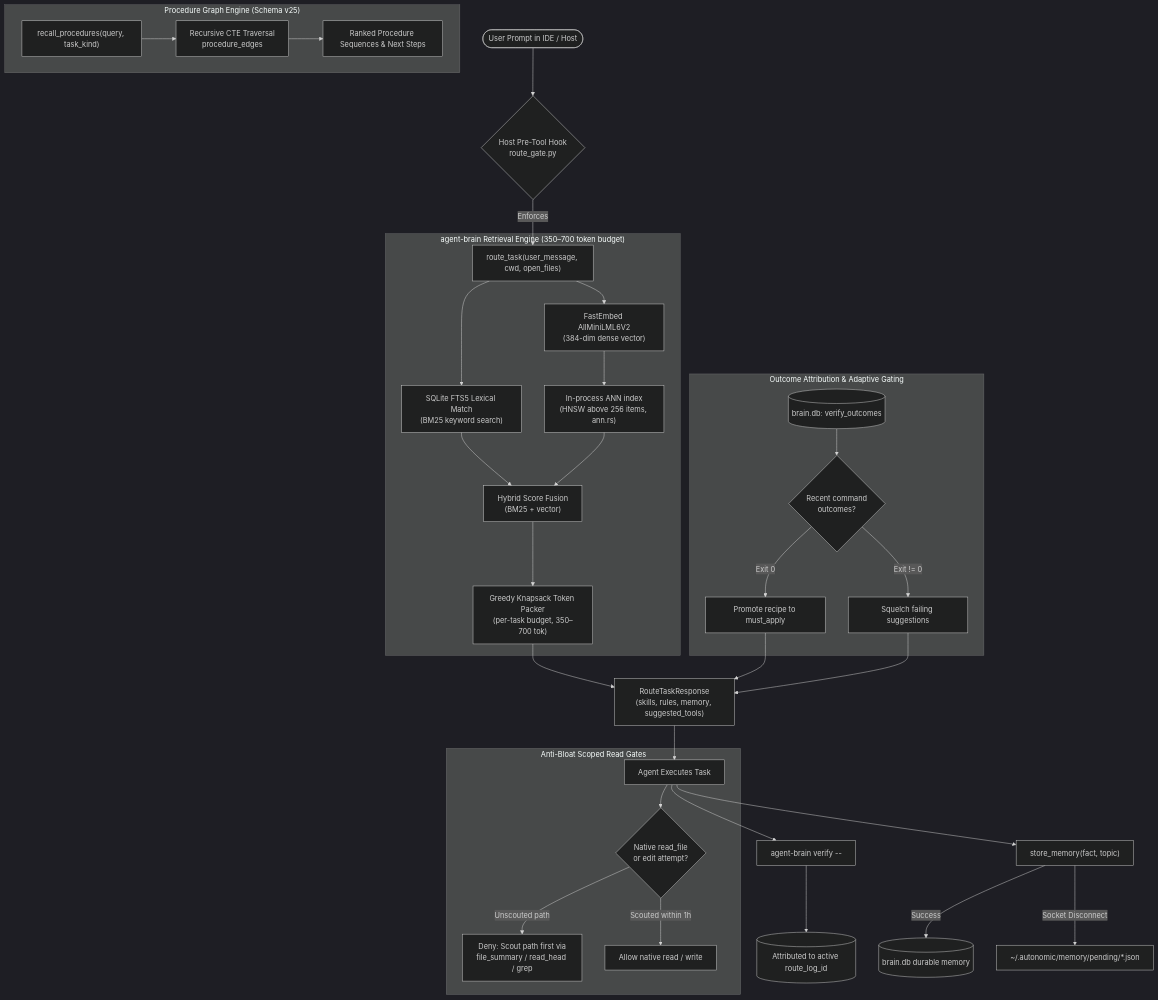
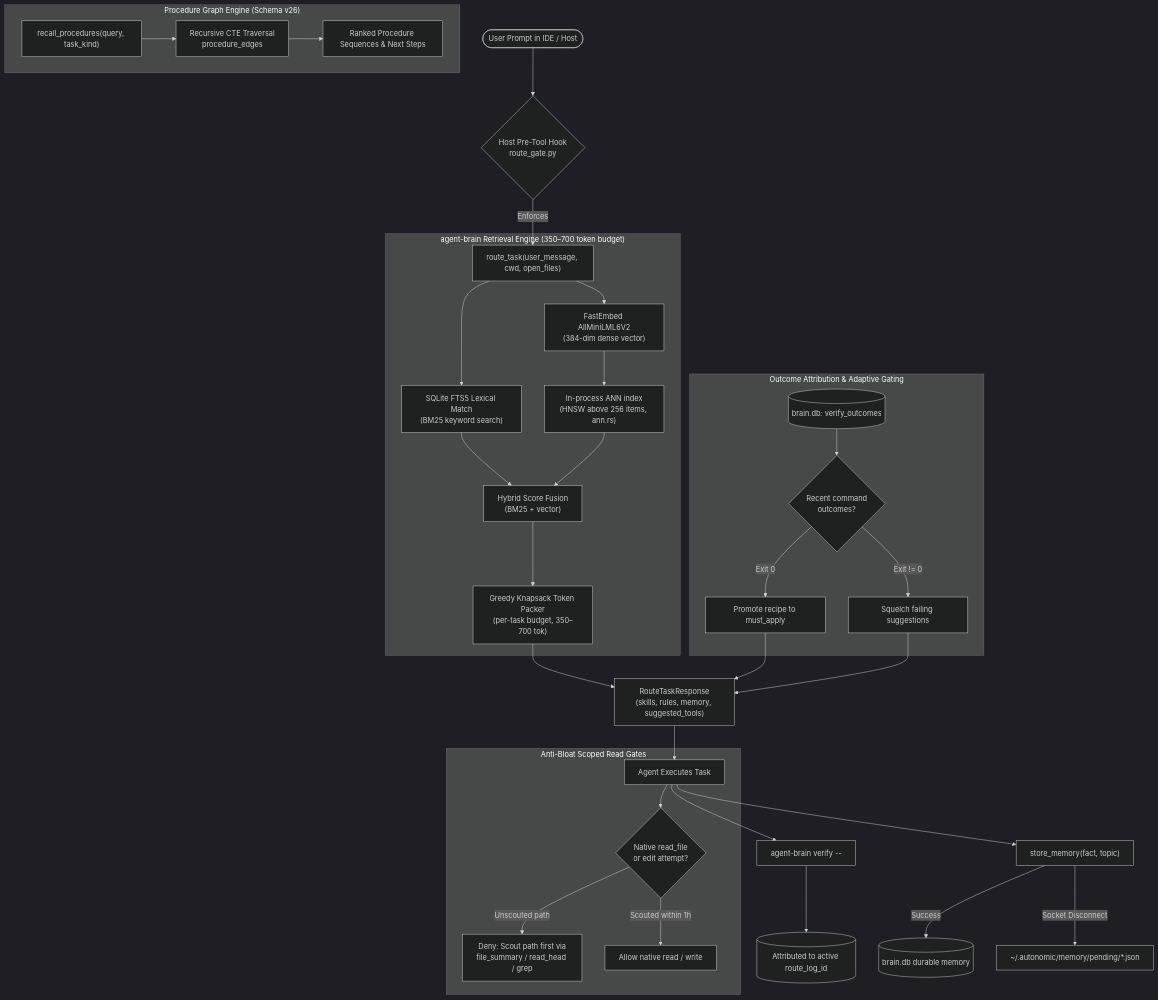
Before and after one commit to autonomic-ai-dev/agent-brain: the diagram in CONTEXT.md, drawn with Mermaid (dark theme). The commit also changed other lines of this file and 13 other files, not shown here.

````diff
--- a/CONTEXT.md
+++ b/CONTEXT.md
@@ -24,39 +24,39 @@
 ```mermaid
 flowchart TD
     UserTurn([User Prompt in IDE / Host]) --> HookGate{Host Pre-Tool Hook<br>route_gate.py}
     HookGate -->|Enforces| RouteTask["route_task(user_message, cwd, open_files)"]
     
     subgraph BrainEngine ["agent-brain Retrieval Engine (350–700 token budget)"]
         RouteTask --> QueryVec["FastEmbed AllMiniLML6V2<br>(384-dim dense vector)"]
         RouteTask --> QueryBM25["SQLite FTS5 Lexical Match<br>(BM25 keyword search)"]
         QueryVec --> HNSW["In-process ANN index<br>(HNSW above 256 items, ann.rs)"]
         QueryBM25 & HNSW --> HybridRerank["Hybrid Score Fusion<br>(BM25 + vector)"]
         HybridRerank --> BudgetPacker["Greedy Knapsack Token Packer<br>(per-task budget, 350–700 tok)"]
     end
 
     subgraph OutcomeLedger ["Outcome Attribution & Adaptive Gating"]
         VerifyDB[("brain.db: verify_outcomes")] --> HistoryCheck{"Recent command<br>outcomes?"}
         HistoryCheck -->|Exit 0| PromoteMustApply["Promote recipe to must_apply"]
         HistoryCheck -->|Exit != 0| SquelchRecipe["Squelch failing suggestions"]
     end
 
-    subgraph ProcedureEngine ["Procedure Graph Engine (Schema v25)"]
+    subgraph ProcedureEngine ["Procedure Graph Engine (Schema v26)"]
         RecallCmd["recall_procedures(query, task_kind)"] --> CTE["Recursive CTE Traversal<br>procedure_edges"]
         CTE --> ProcedureHits["Ranked Procedure Sequences & Next Steps"]
     end
 
     BudgetPacker & PromoteMustApply & SquelchRecipe --> RouteResponse["RouteTaskResponse<br>(skills, rules, memory, suggested_tools)"]
     RouteResponse --> AgentWork["Agent Executes Task"]
     
     subgraph ScopedReadGates ["Anti-Bloat Scoped Read Gates"]
         AgentWork --> NativeReadCheck{"Native read_file<br>or edit attempt?"}
         NativeReadCheck -->|Unscouted path| BlockRead["Deny: Scout path first via<br>file_summary / read_head / grep"]
         NativeReadCheck -->|Scouted within 1h| AllowRead["Allow native read / write"]
     end
 
     AgentWork --> VerifyCmd["agent-brain verify -- <cmd>"]
     VerifyCmd --> RecordOutcome[("Attributed to active route_log_id")]
     AgentWork --> StoreMem["store_memory(fact, topic)"]
     StoreMem -->|Success| SaveDB[("brain.db durable memory")]
     StoreMem -->|Socket Disconnect| PendingQueue["~/.autonomic/memory/pending/*.json"]
 ```
````
